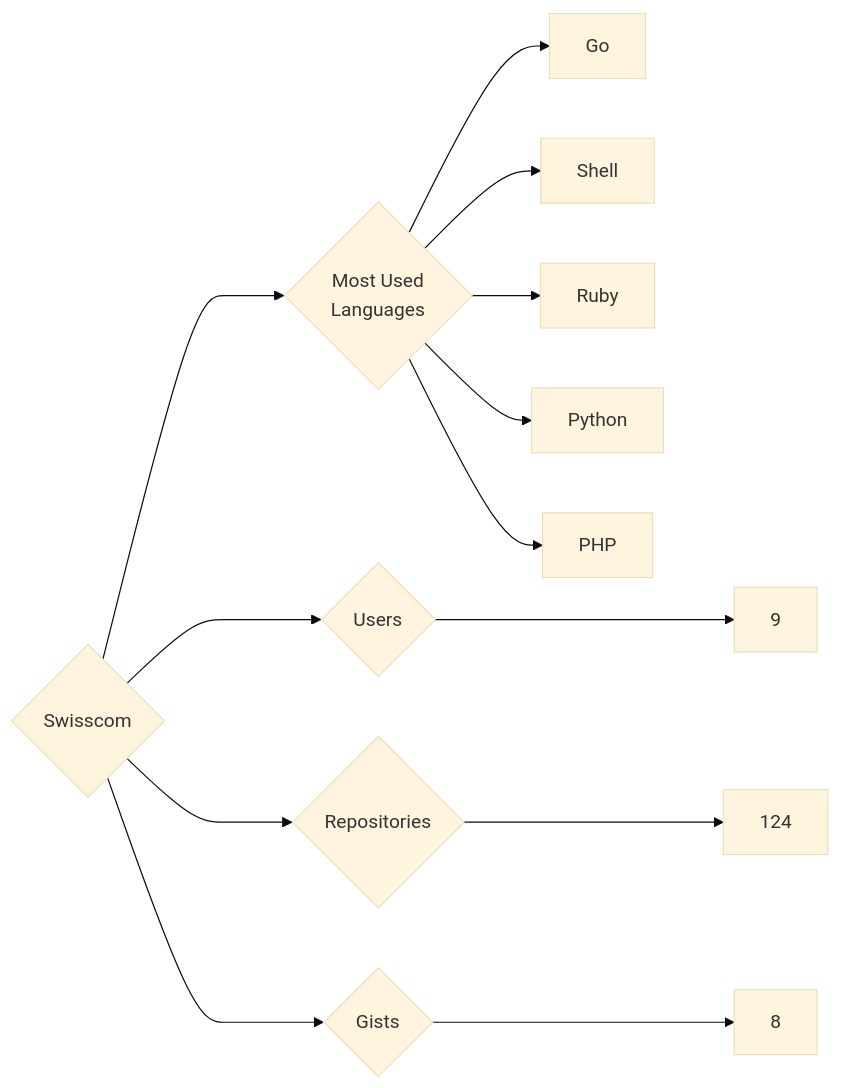
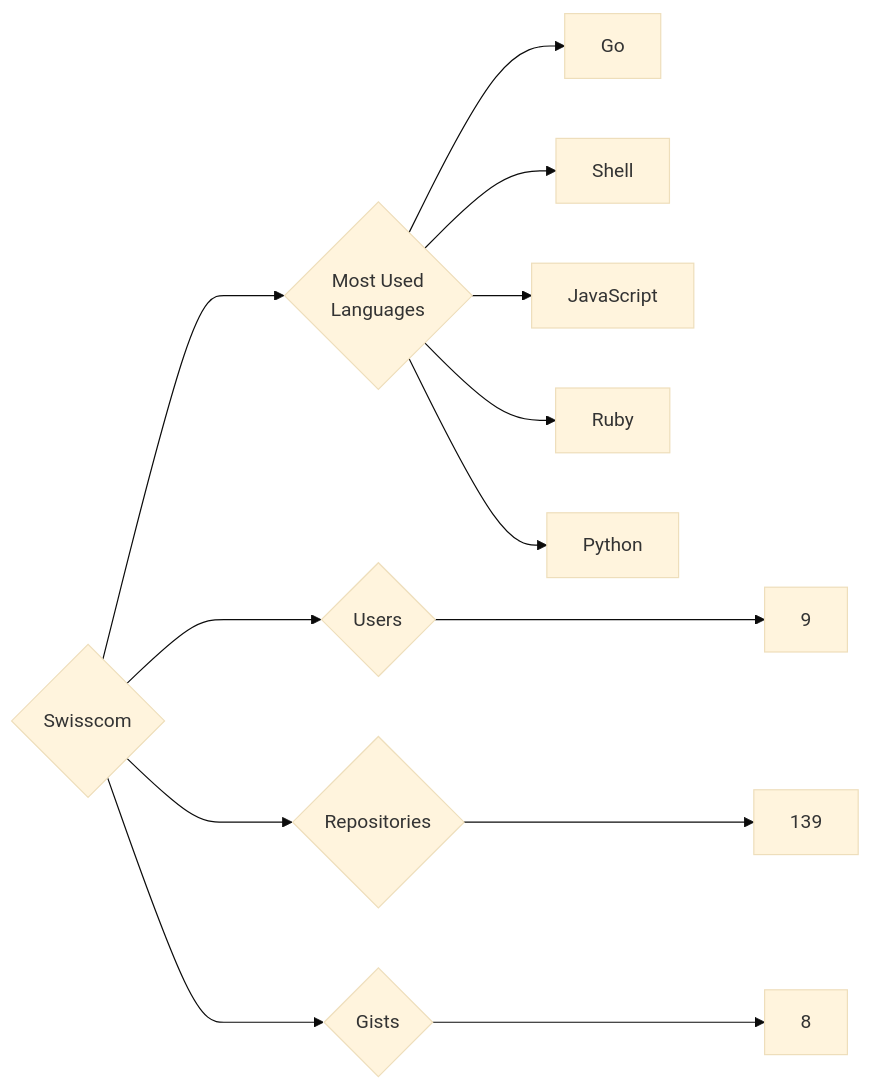
The diagram in targets/Swisscom/README.md (trickest/insiders), drawn with Mermaid (base theme) before and after one commit. The commit also changed 1484 other files, not shown here.

````diff
--- a/targets/Swisscom/README.md
+++ b/targets/Swisscom/README.md
@@ -3,13 +3,13 @@
 ```mermaid
 graph LR
 COMPANY_NAME{Swisscom}
 COMPANY_NAME ---> U{Users} ---> UN[9]
-COMPANY_NAME ---> R{Repositories} ---> RN[124]
+COMPANY_NAME ---> R{Repositories} ---> RN[139]
 COMPANY_NAME ---> G{Gists} ---> GN[8]
 COMPANY_NAME ---> ML{Most Used<br>Languages}
 ML --> Go[Go]
 ML --> Shell[Shell]
+ML --> JavaScript[JavaScript]
 ML --> Ruby[Ruby]
 ML --> Python[Python]
-ML --> PHP[PHP]
 ```
````
